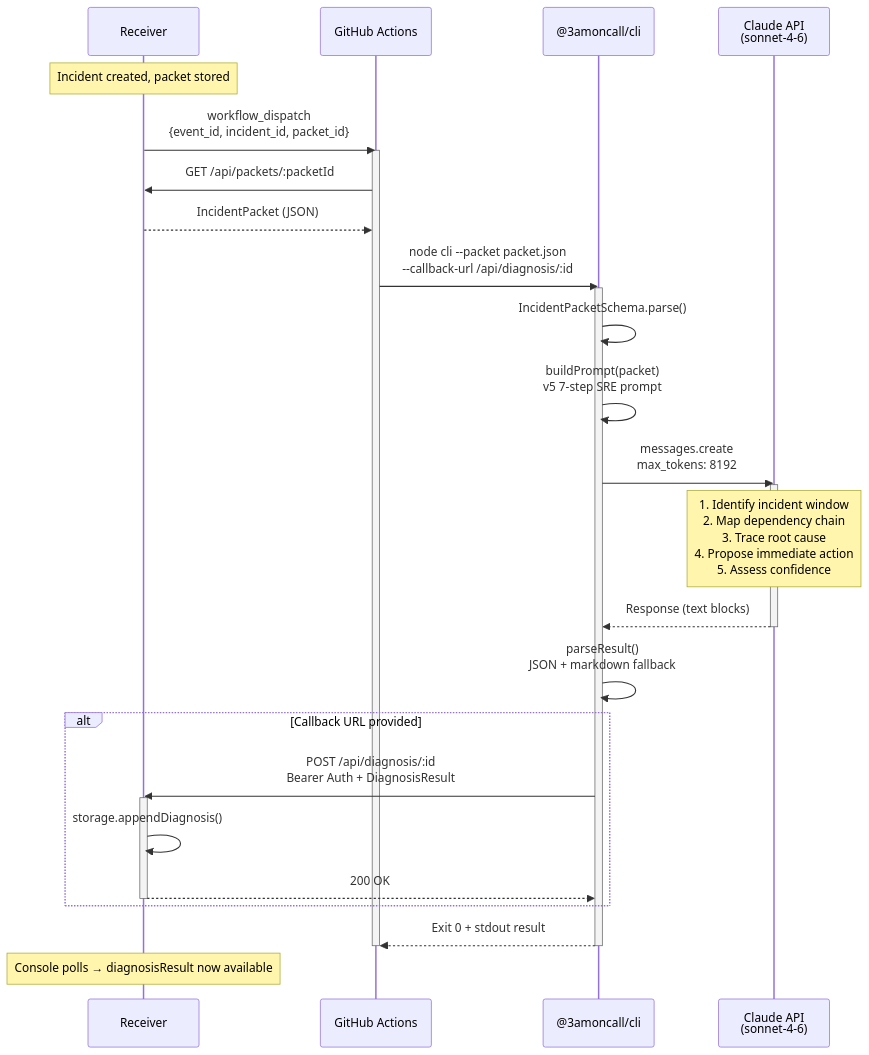
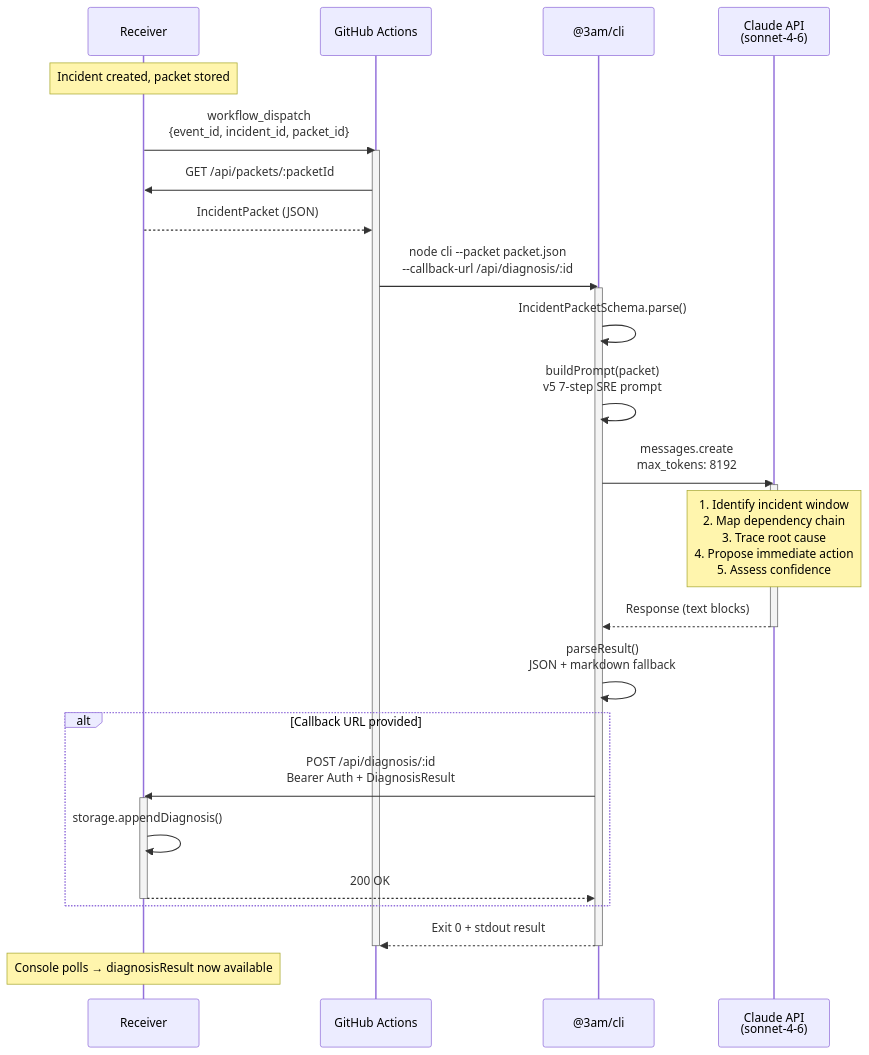
Before and after one commit to muras3/3am: the diagram in docs/diagrams/04-diagnosis-sequence.md, drawn with Mermaid. The commit also changed 208 other files, not shown here.

````diff
--- a/docs/diagrams/04-diagnosis-sequence.md
+++ b/docs/diagrams/04-diagnosis-sequence.md
@@ -5,45 +5,45 @@
 ```mermaid
 sequenceDiagram
   participant R as Receiver
   participant GH as GitHub Actions
-  participant CLI as @3amoncall/cli
+  participant CLI as @3am/cli
   participant LLM as Claude API<br/>(sonnet-4-6)
 
   Note over R: Incident created, packet stored
 
   R->>GH: workflow_dispatch<br/>{event_id, incident_id, packet_id}
   activate GH
 
   GH->>R: GET /api/packets/:packetId
   R-->>GH: IncidentPacket (JSON)
 
   GH->>CLI: node cli --packet packet.json<br/>--callback-url /api/diagnosis/:id
   activate CLI
 
   CLI->>CLI: IncidentPacketSchema.parse()
   CLI->>CLI: buildPrompt(packet)<br/>v5 7-step SRE prompt
 
   CLI->>LLM: messages.create<br/>max_tokens: 8192
   activate LLM
 
   Note over LLM: 1. Identify incident window<br/>2. Map dependency chain<br/>3. Trace root cause<br/>4. Propose immediate action<br/>5. Assess confidence
 
   LLM-->>CLI: Response (text blocks)
   deactivate LLM
 
   CLI->>CLI: parseResult()<br/>JSON + markdown fallback
 
   alt Callback URL provided
     CLI->>R: POST /api/diagnosis/:id<br/>Bearer Auth + DiagnosisResult
     activate R
     R->>R: storage.appendDiagnosis()
     R-->>CLI: 200 OK
     deactivate R
   end
 
   CLI-->>GH: Exit 0 + stdout result
   deactivate CLI
   deactivate GH
 
   Note over R: Console polls → diagnosisResult now available
 ```
````
